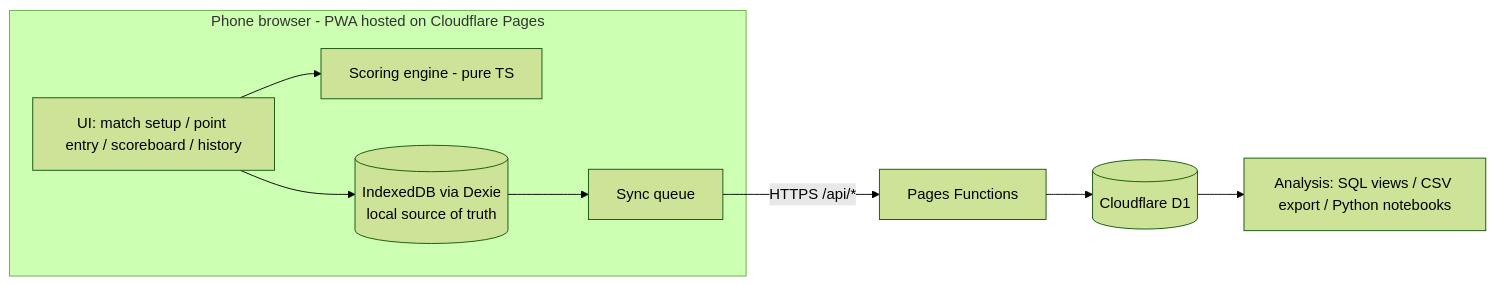
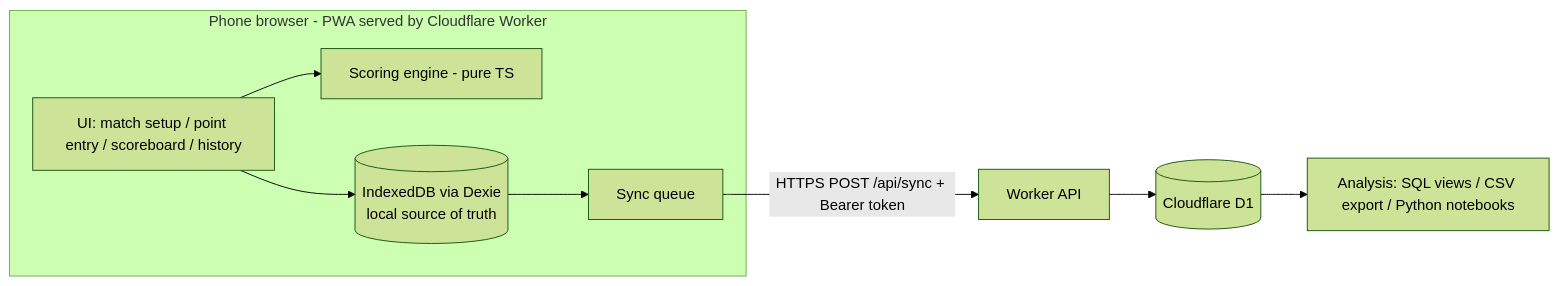
Before and after one commit to sheenzhaox/sheen_tennis_tracker: the diagram in workflow.md, drawn with Mermaid (forest theme). The commit also changed other lines of this file and 23 other files, not shown here.

Commit message:
Add cloud sync: Worker API + D1 (prod/preview), sync token, settings page

````diff
--- a/workflow.md
+++ b/workflow.md
@@ -32,14 +43,14 @@
 ```mermaid
 flowchart LR
-  subgraph Phone[Phone browser - PWA hosted on Cloudflare Pages]
+  subgraph Phone[Phone browser - PWA served by Cloudflare Worker]
     UI[UI: match setup / point entry / scoreboard / history]
     ENG[Scoring engine - pure TS]
     DB[(IndexedDB via Dexie<br/>local source of truth)]
     SYNC[Sync queue]
     UI --> ENG
     UI --> DB
     DB --> SYNC
   end
-  SYNC -- HTTPS /api/* --> FN[Pages Functions] --> SB[(Cloudflare D1)]
+  SYNC -- HTTPS POST /api/sync + Bearer token --> FN[Worker API] --> SB[(Cloudflare D1)]
   SB --> ANA[Analysis: SQL views / CSV export / Python notebooks]
 ```
````
